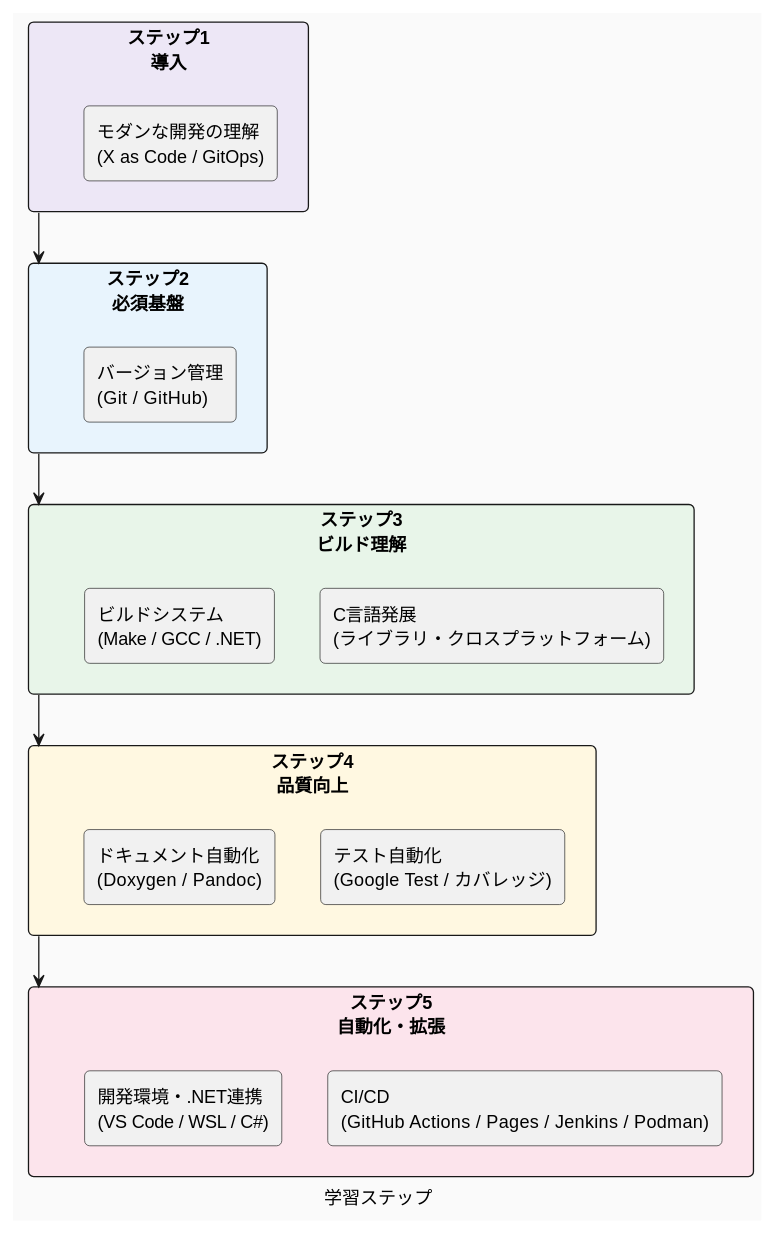
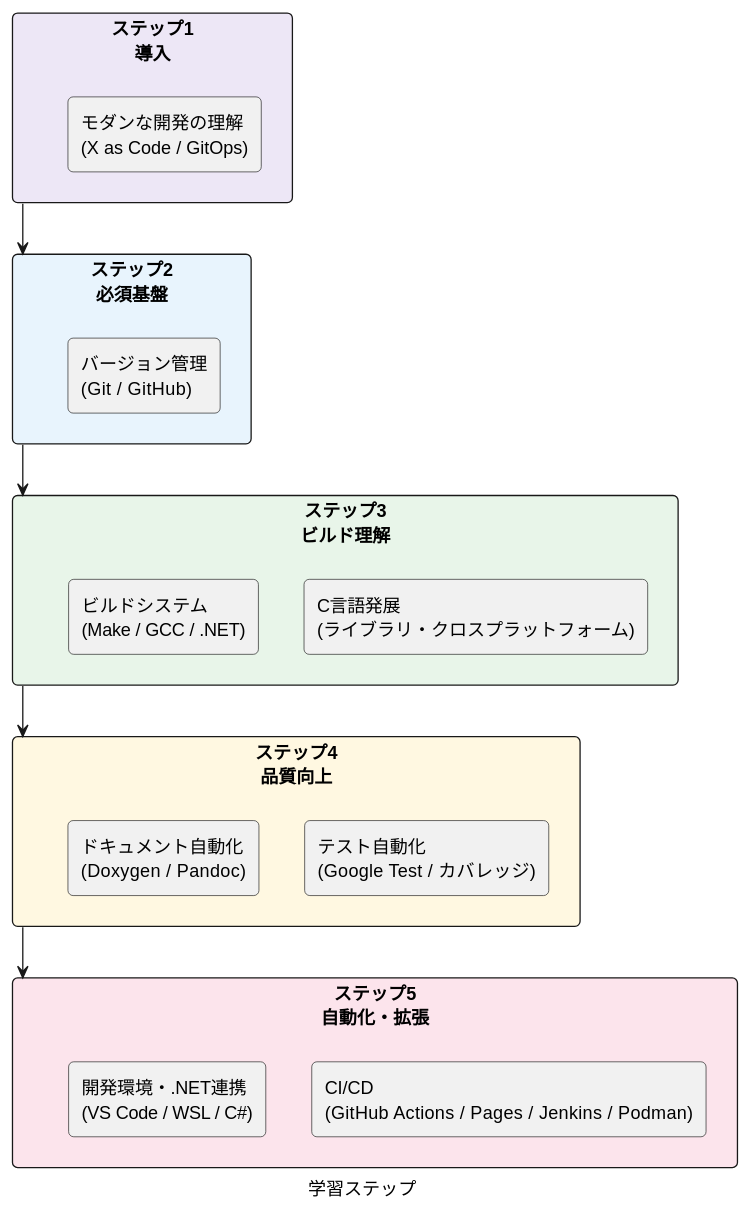
Before and after one commit to Hondarer/doxygen-sample: the diagram in app/general/docs/skill-guide/README.md, drawn with PlantUML.

Commit message:
背景色指定を削除

````diff
--- a/app/general/docs/skill-guide/README.md
+++ b/app/general/docs/skill-guide/README.md
@@ -19,35 +19,34 @@
 ```plantuml
 @startuml 学習ステップ
     caption 学習ステップ
-    skinparam backgroundColor #FAFAFA
     skinparam roundcorner 8
 
     rectangle "ステップ1\n導入" as P1 #EDE7F6 {
         rectangle "モダンな開発の理解\n(X as Code / GitOps)" as P1A
     }
 
     rectangle "ステップ2\n必須基盤" as P2 #E8F4FD {
         rectangle "バージョン管理\n(Git / GitHub)" as P2A
     }
 
     rectangle "ステップ3\nビルド理解" as P3 #E8F5E9 {
         rectangle "C言語発展\n(ライブラリ・クロスプラットフォーム)" as P3A
         rectangle "ビルドシステム\n(Make / GCC / .NET)" as P3B
     }
 
     rectangle "ステップ4\n品質向上" as P4 #FFF8E1 {
         rectangle "テスト自動化\n(Google Test / カバレッジ)" as P4A
         rectangle "ドキュメント自動化\n(Doxygen / Pandoc)" as P4B
     }
 
     rectangle "ステップ5\n自動化・拡張" as P5 #FCE4EC {
         rectangle "CI/CD\n(GitHub Actions / Pages / Jenkins / Podman)" as P5A
         rectangle "開発環境・.NET連携\n(VS Code / WSL / C#)" as P5B
     }
 
     P1 -down-> P2
     P2 -down-> P3
     P3 -down-> P4
     P4 -down-> P5
 @enduml
 ```
````
